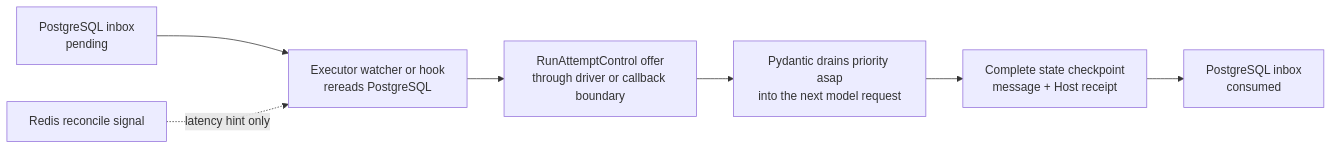
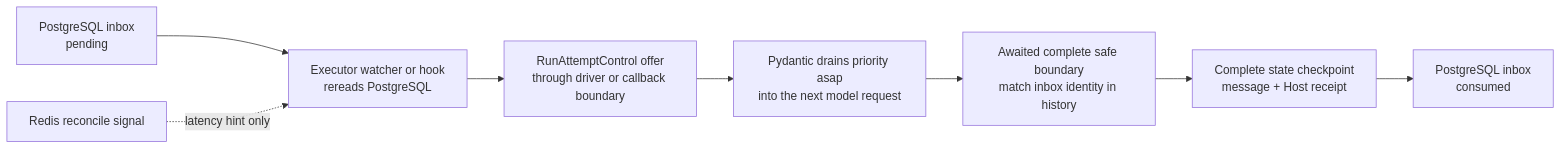
One commit to LTThreeComma/agent-foundation changed the diagram in spec/foundation-service/19-agent-control-active-execution.md. Above: the diagram before and after it, drawn with Mermaid. The commit also changed other lines of this file and 2 other files, not shown here.

Commit message:
Confirm inbox incorporation at complete checkpoints

````diff
--- a/spec/foundation-service/19-agent-control-active-execution.md
+++ b/spec/foundation-service/19-agent-control-active-execution.md
@@ -164,14 +164,15 @@
 ```mermaid
 flowchart LR
     Accepted[PostgreSQL inbox<br/>pending]
     Wake[Redis reconcile signal]
     Read[Executor watcher or hook<br/>rereads PostgreSQL]
     Offer[RunAttemptControl offer<br/>through driver or callback boundary]
     Incorporate[Pydantic drains priority asap<br/>into the next model request]
+    Confirm[Awaited complete safe boundary<br/>match inbox identity in history]
     Checkpoint[Complete state checkpoint<br/>message + Host receipt]
     Consumed[PostgreSQL inbox<br/>consumed]
 
     Accepted --> Read
     Wake -. latency hint only .-> Read
-    Read --> Offer --> Incorporate --> Checkpoint --> Consumed
+    Read --> Offer --> Incorporate --> Confirm --> Checkpoint --> Consumed
 ```
````
